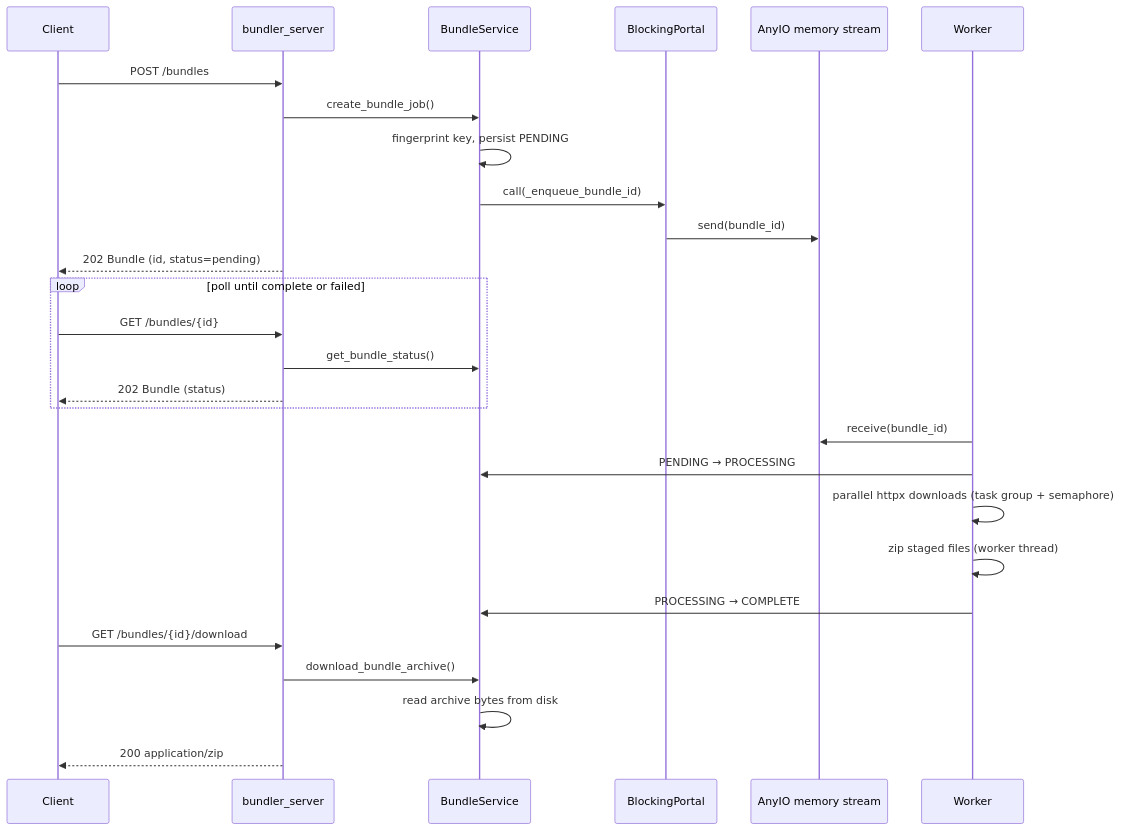
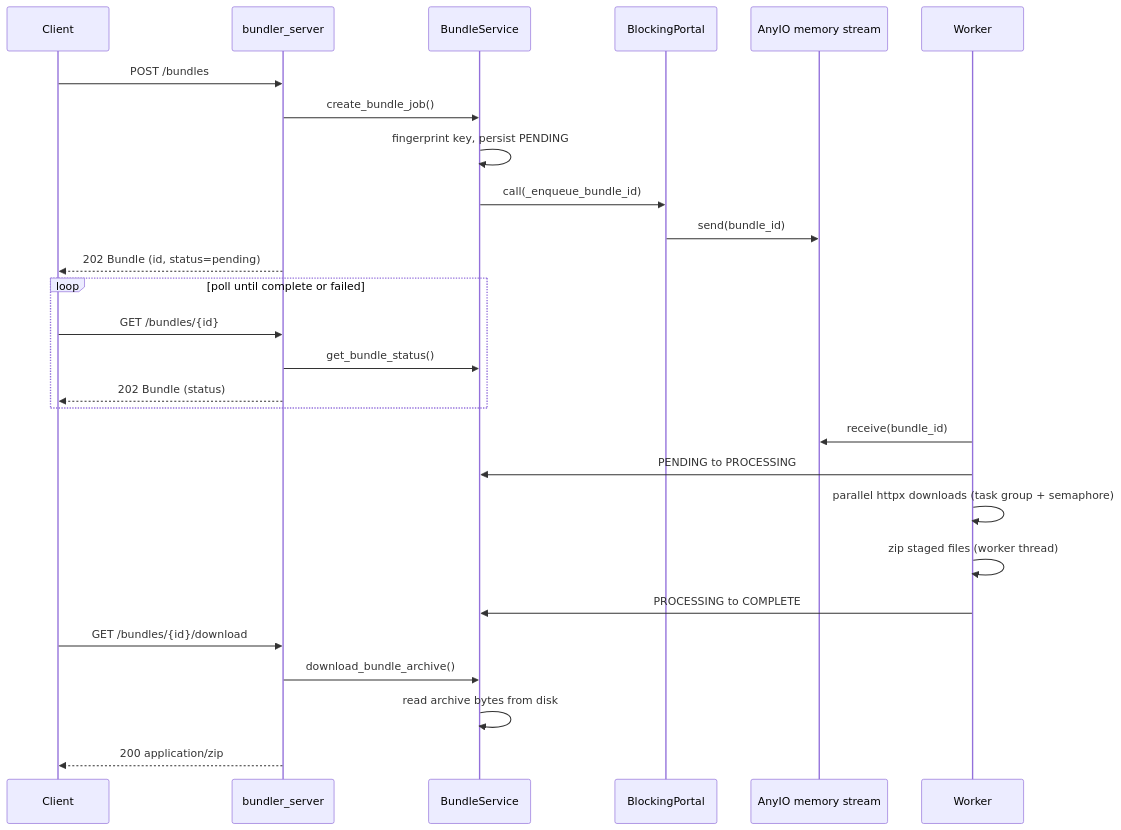
One commit to pmahon3/Data-Portal changed the first of 4 diagrams in bundler/docs/bundle-request-flow.md. Above: the diagram before and after it, drawn with Mermaid. The commit also changed other lines of this file, not shown here.

Commit message:
docs(bundler): update mermaid diagram syntax error of bundle request flow

````diff
--- a/bundler/docs/bundle-request-flow.md
+++ b/bundler/docs/bundle-request-flow.md
@@ -27,33 +27,33 @@
 ```mermaid
 sequenceDiagram
     participant Client
     participant HTTP as bundler_server
     participant Svc as BundleService
     participant Portal as BlockingPortal
     participant Q as AnyIO memory stream
     participant W as Worker
 
     Client->>HTTP: POST /bundles
     HTTP->>Svc: create_bundle_job()
     Svc->>Svc: fingerprint key, persist PENDING
     Svc->>Portal: call(_enqueue_bundle_id)
     Portal->>Q: send(bundle_id)
     HTTP-->>Client: 202 Bundle (id, status=pending)
 
     loop poll until complete or failed
         Client->>HTTP: GET /bundles/{id}
         HTTP->>Svc: get_bundle_status()
         HTTP-->>Client: 202 Bundle (status)
     end
 
     W->>Q: receive(bundle_id)
-    W->>Svc: PENDING → PROCESSING
+    W->>Svc: PENDING to PROCESSING
     W->>W: parallel httpx downloads (task group + semaphore)
     W->>W: zip staged files (worker thread)
-    W->>Svc: PROCESSING → COMPLETE
+    W->>Svc: PROCESSING to COMPLETE
 
     Client->>HTTP: GET /bundles/{id}/download
     HTTP->>Svc: download_bundle_archive()
     Svc->>Svc: read archive bytes from disk
     HTTP-->>Client: 200 application/zip
 ```
````
